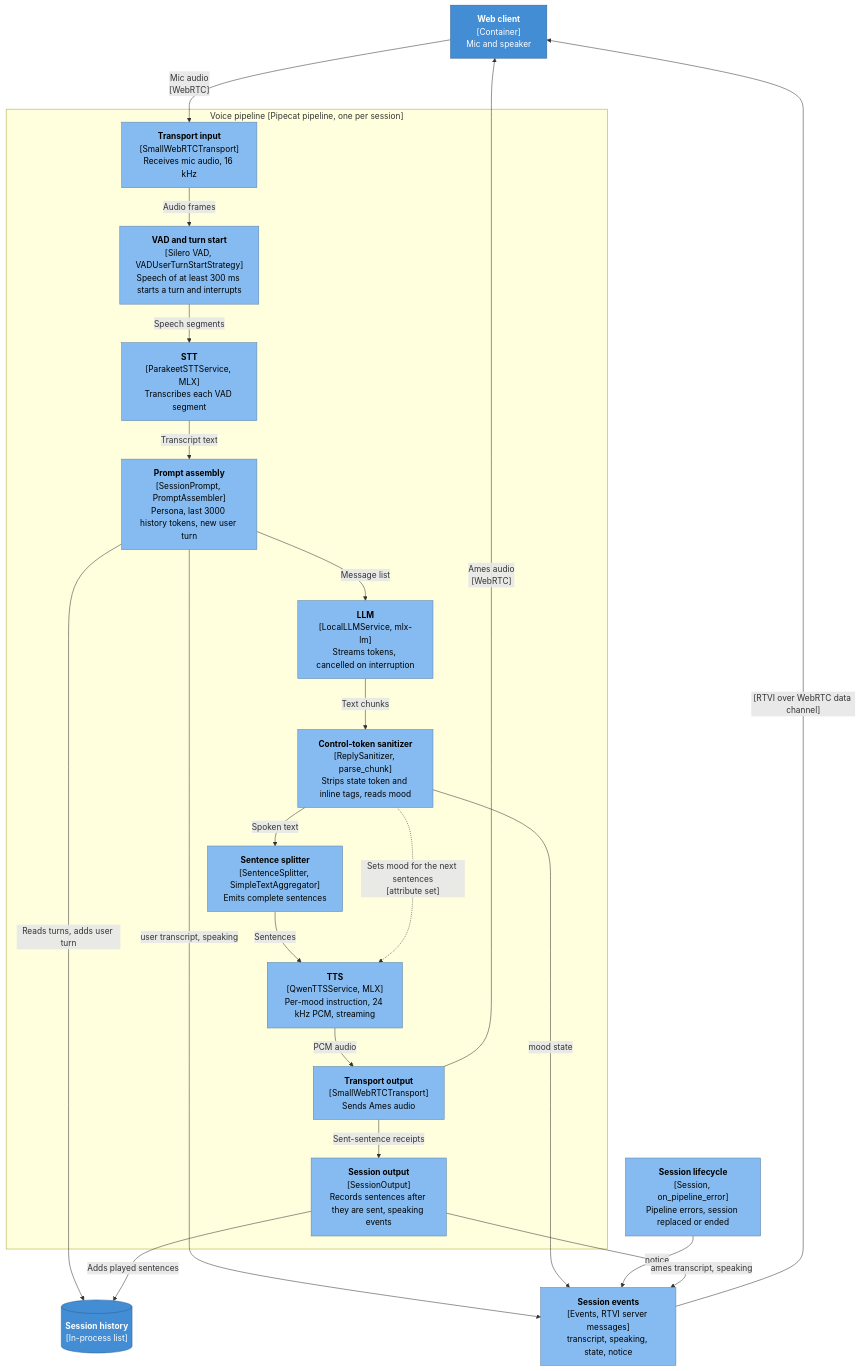
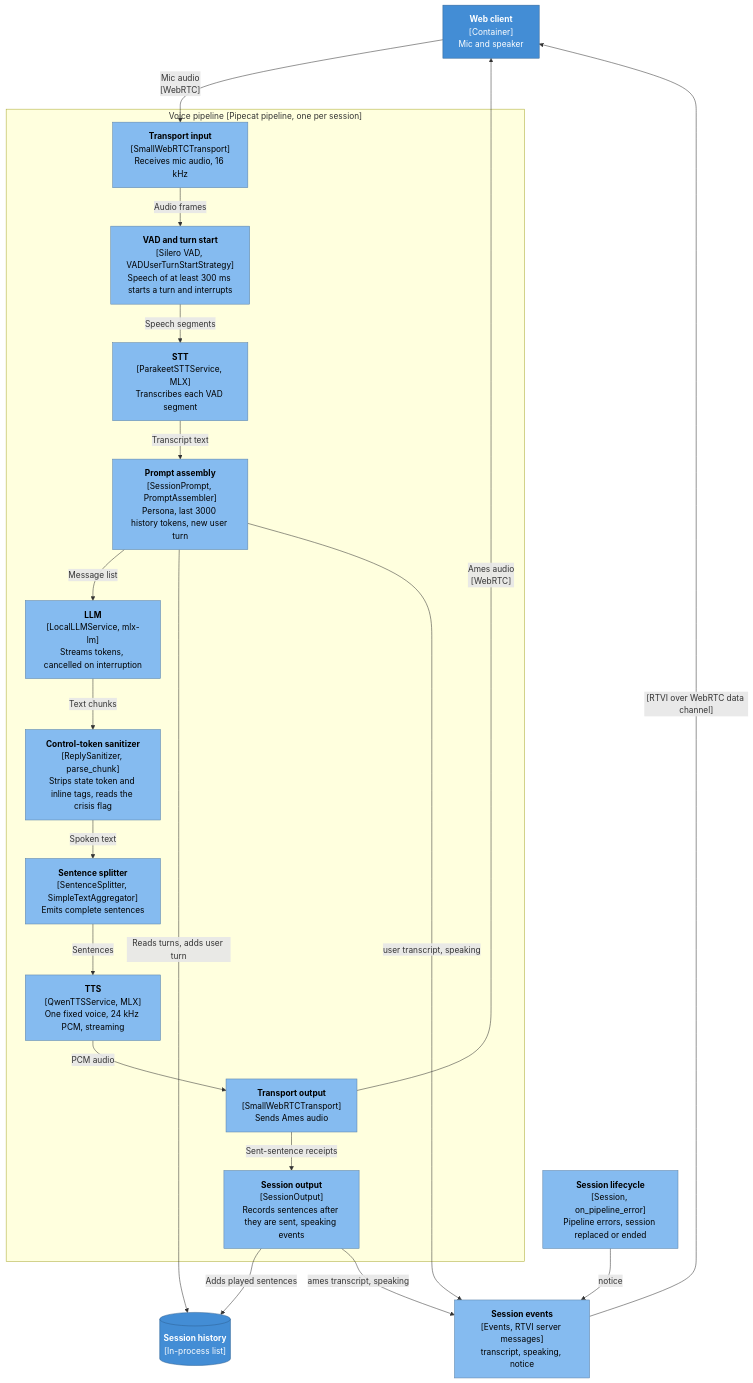
One commit to AnirudhDesai777/ames changed the diagram in docs/architecture/c4-components-voice-pipeline.md. Above: the diagram before and after it, drawn with Mermaid. The commit also changed other lines of this file and 3 other files, not shown here.

Commit message:
docs: remove moods and the state event from diagrams, READMEs and design notes

````diff
--- a/docs/architecture/c4-components-voice-pipeline.md
+++ b/docs/architecture/c4-components-voice-pipeline.md
@@ -9,47 +9,45 @@
 ```mermaid
 flowchart TB
     browser["<b>Web client</b><br/>[Container]<br/>Mic and speaker"]
 
     subgraph pipe["Voice pipeline [Pipecat pipeline, one per session]"]
         tin["<b>Transport input</b><br/>[SmallWebRTCTransport]<br/>Receives mic audio, 16 kHz"]
         vad["<b>VAD and turn start</b><br/>[Silero VAD, VADUserTurnStartStrategy]<br/>Speech of at least 300 ms starts a turn and interrupts"]
         stt["<b>STT</b><br/>[ParakeetSTTService, MLX]<br/>Transcribes each VAD segment"]
         prompt["<b>Prompt assembly</b><br/>[SessionPrompt, PromptAssembler]<br/>Persona, last 3000 history tokens, new user turn"]
         llm["<b>LLM</b><br/>[LocalLLMService, mlx-lm]<br/>Streams tokens, cancelled on interruption"]
-        san["<b>Control-token sanitizer</b><br/>[ReplySanitizer, parse_chunk]<br/>Strips state token and inline tags, reads mood"]
+        san["<b>Control-token sanitizer</b><br/>[ReplySanitizer, parse_chunk]<br/>Strips state token and inline tags, reads the crisis flag"]
         split["<b>Sentence splitter</b><br/>[SentenceSplitter, SimpleTextAggregator]<br/>Emits complete sentences"]
-        tts["<b>TTS</b><br/>[QwenTTSService, MLX]<br/>Per-mood instruction, 24 kHz PCM, streaming"]
+        tts["<b>TTS</b><br/>[QwenTTSService, MLX]<br/>One fixed voice, 24 kHz PCM, streaming"]
         tout["<b>Transport output</b><br/>[SmallWebRTCTransport]<br/>Sends Ames audio"]
         rec["<b>Session output</b><br/>[SessionOutput]<br/>Records sentences after they are sent, speaking events"]
     end
 
-    events["<b>Session events</b><br/>[Events, RTVI server messages]<br/>transcript, speaking, state, notice"]
+    events["<b>Session events</b><br/>[Events, RTVI server messages]<br/>transcript, speaking, notice"]
     hist[("<b>Session history</b><br/>[In-process list]")]
 
     browser -->|"Mic audio<br/>[WebRTC]"| tin
     tin -->|"Audio frames"| vad
     vad -->|"Speech segments"| stt
     stt -->|"Transcript text"| prompt
     prompt -->|"Message list"| llm
     llm -->|"Text chunks"| san
     san -->|"Spoken text"| split
     split -->|"Sentences"| tts
     tts -->|"PCM audio"| tout
     tout -->|"Ames audio<br/>[WebRTC]"| browser
     tout -->|"Sent-sentence receipts"| rec
 
     prompt -->|"Reads turns, adds user turn"| hist
     rec -->|"Adds played sentences"| hist
     prompt -->|"user transcript, speaking"| events
-    san -->|"mood state"| events
-    san -.->|"Sets mood for the next sentences<br/>[attribute set]"| tts
     life["<b>Session lifecycle</b><br/>[Session, on_pipeline_error]<br/>Pipeline errors, session replaced or ended"]
     life -->|"notice"| events
     rec -->|"ames transcript, speaking"| events
     events -->|"[RTVI over WebRTC data channel]"| browser
 
     classDef comp fill:#85bbf0,stroke:#5d82a8,color:#000000
     classDef ext fill:#438dd5,stroke:#2e6295,color:#ffffff
     class tin,vad,stt,prompt,llm,san,split,tts,tout,rec,events,life comp
     class browser,hist ext
 ```
````
